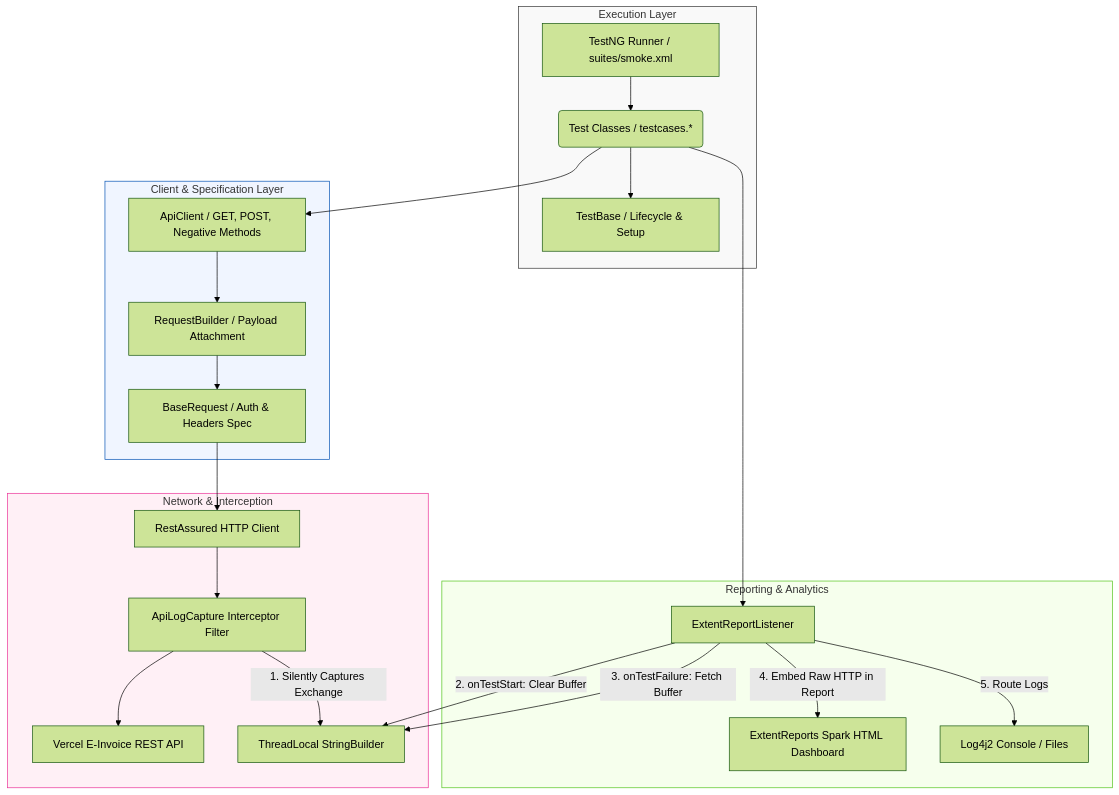
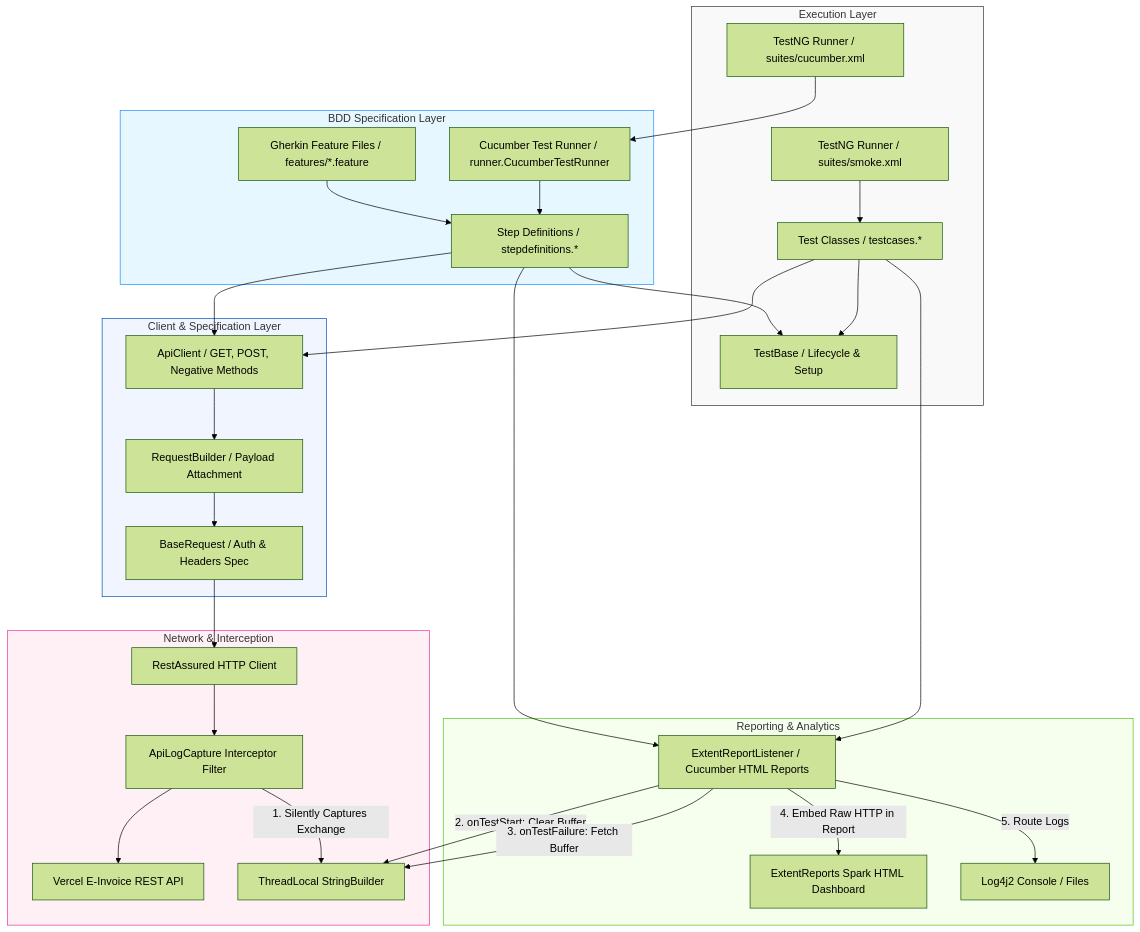
Before and after one commit to OmkarGharat/E-Invoicing-Project: the diagram in README.md, drawn with Mermaid (forest theme). The commit also changed other lines of this file, not shown here.

Commit message:
Add Cucumber BDD framework integration and update documentation

````diff
--- a/README.md
+++ b/README.md
@@ -18,38 +19,49 @@
 ```mermaid
 graph TD
+    %% Specification & BDD Layer
+    subgraph BDD_Layer [BDD Specification Layer]
+        Feature[Gherkin Feature Files / features/*.feature] --> Steps[Step Definitions / stepdefinitions.*]
+        Runner[Cucumber Test Runner / runner.CucumberTestRunner] --> Steps
+    end
+
     %% Execution Layer
     subgraph Execution_Layer [Execution Layer]
-        A[TestNG Runner / suites/smoke.xml] --> B(Test Classes / testcases.*)
-        B --> C[TestBase / Lifecycle & Setup]
+        Suite[TestNG Runner / suites/cucumber.xml] --> Runner
+        Suite2[TestNG Runner / suites/smoke.xml] --> TestNG[Test Classes / testcases.*]
+        Steps --> C[TestBase / Lifecycle & Setup]
+        TestNG --> C
     end
 
     %% Client & Specification Layer
     subgraph Client_Layer [Client & Specification Layer]
-        B --> D[ApiClient / GET, POST, Negative Methods]
+        Steps --> D[ApiClient / GET, POST, Negative Methods]
+        TestNG --> D
         D --> E[RequestBuilder / Payload Attachment]
         E --> F[BaseRequest / Auth & Headers Spec]
     end
 
     %% Network & Diagnostics Layer
     subgraph Diagnostic_Layer [Network & Interception]
         F --> G[RestAssured HTTP Client]
         G --> H[ApiLogCapture Interceptor Filter]
         H --> I[Vercel E-Invoice REST API]
         H -- 1. Silently Captures Exchange --> J[ThreadLocal StringBuilder]
     end
 
     %% Reporting Layer
     subgraph Reporting_Layer [Reporting & Analytics]
-        B --> K[ExtentReportListener]
+        Steps --> K[ExtentReportListener / Cucumber HTML Reports]
+        TestNG --> K
         K -- 2. onTestStart: Clear Buffer --> J
         K -- 3. onTestFailure: Fetch Buffer --> J
         K -- 4. Embed Raw HTTP in Report --> L[ExtentReports Spark HTML Dashboard]
         K -- 5. Route Logs --> M[Log4j2 Console / Files]
     end
 
     %% Styling
+    style BDD_Layer fill:#e6f7ff,stroke:#1890ff,stroke-width:1px
     style Execution_Layer fill:#f9f9f9,stroke:#333,stroke-width:1px
     style Client_Layer fill:#f0f5ff,stroke:#0050b3,stroke-width:1px
     style Diagnostic_Layer fill:#fff0f6,stroke:#eb2f96,stroke-width:1px
     style Reporting_Layer fill:#f6ffed,stroke:#52c41a,stroke-width:1px
 ```
````
